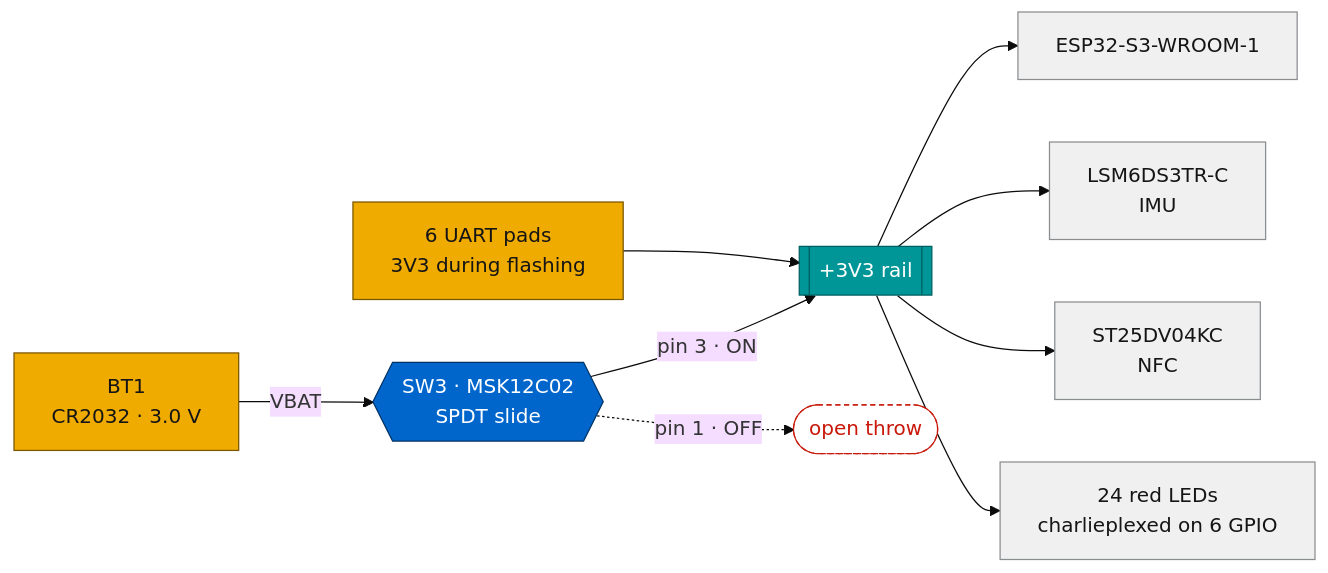
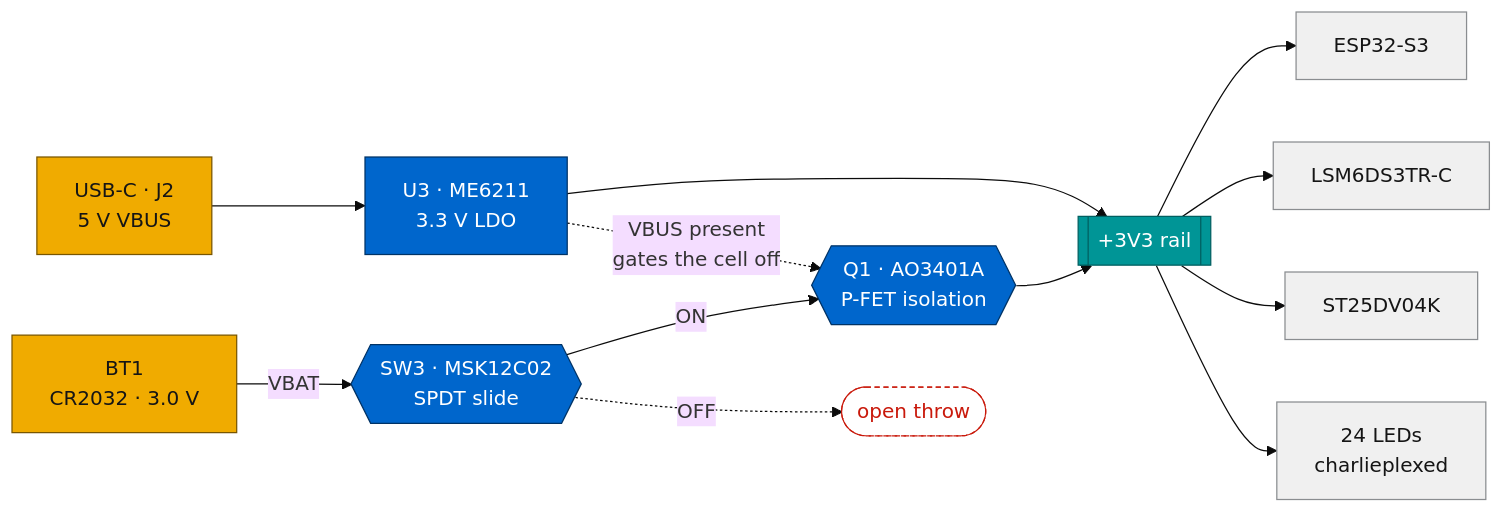
The first of 3 diagrams in README.md (Brillar0101/NeuralCard), drawn with Mermaid (base theme) before and after one commit. The commit also changed other lines of this file, not shown here.

````diff
--- a/README.md
+++ b/README.md
@@ -47,22 +63,25 @@
 ```mermaid
 flowchart LR
+    USB["USB-C · J2<br/>5 V VBUS"] --> LDO["U3 · ME6211<br/>3.3 V LDO"]
     BT1["BT1<br/>CR2032 · 3.0 V"] -->|VBAT| SW3{{"SW3 · MSK12C02<br/>SPDT slide"}}
-    SW3 -->|"pin 3 · ON"| RAIL[["+3V3 rail"]]
-    SW3 -.->|"pin 1 · OFF"| NC(["open throw"])
-    PADS["6 UART pads<br/>3V3 during flashing"] --> RAIL
-    RAIL --> U1["ESP32-S3-WROOM-1"]
-    RAIL --> U2["LSM6DS3TR-C<br/>IMU"]
-    RAIL --> U4["ST25DV04KC<br/>NFC"]
-    RAIL --> LEDS["24 red LEDs<br/>charlieplexed on 6 GPIO"]
+    SW3 -->|"ON"| Q1{{"Q1 · AO3401A<br/>P-FET isolation"}}
+    SW3 -.->|"OFF"| NC(["open throw"])
+    LDO --> RAIL[["+3V3 rail"]]
+    LDO -.->|"VBUS present<br/>gates the cell off"| Q1
+    Q1 --> RAIL
+    RAIL --> U1["ESP32-S3"]
+    RAIL --> U2["LSM6DS3TR-C"]
+    RAIL --> U4["ST25DV04K"]
+    RAIL --> LEDS["24 LEDs<br/>charlieplexed"]
 
     classDef src fill:#F0AB00,stroke:#795600,color:#151515
     classDef sw fill:#0066CC,stroke:#003366,color:#FFFFFF
     classDef rail fill:#009596,stroke:#005F60,color:#FFFFFF
     classDef load fill:#F0F0F0,stroke:#8A8D90,color:#151515
     classDef off fill:#FFFFFF,stroke:#C9190B,color:#C9190B,stroke-dasharray:4 3
-    class BT1,PADS src
-    class SW3 sw
+    class USB,BT1 src
+    class SW3,Q1,LDO sw
     class RAIL rail
     class U1,U2,U4,LEDS load
     class NC off
 ```
````
